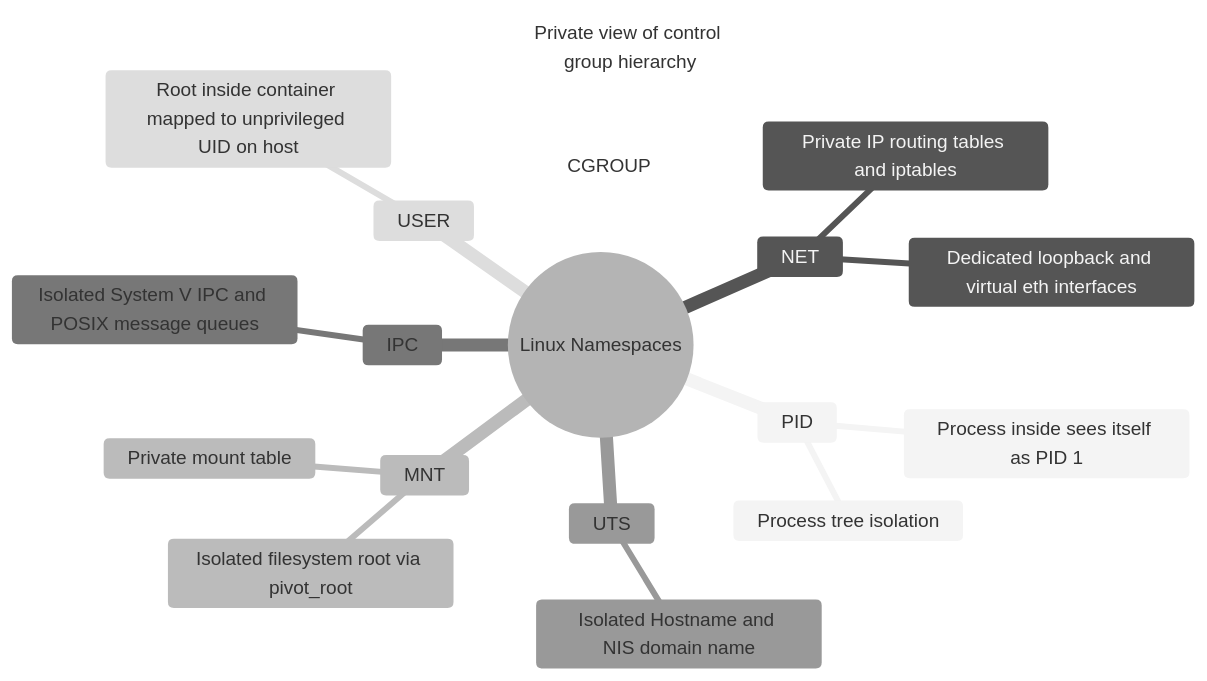
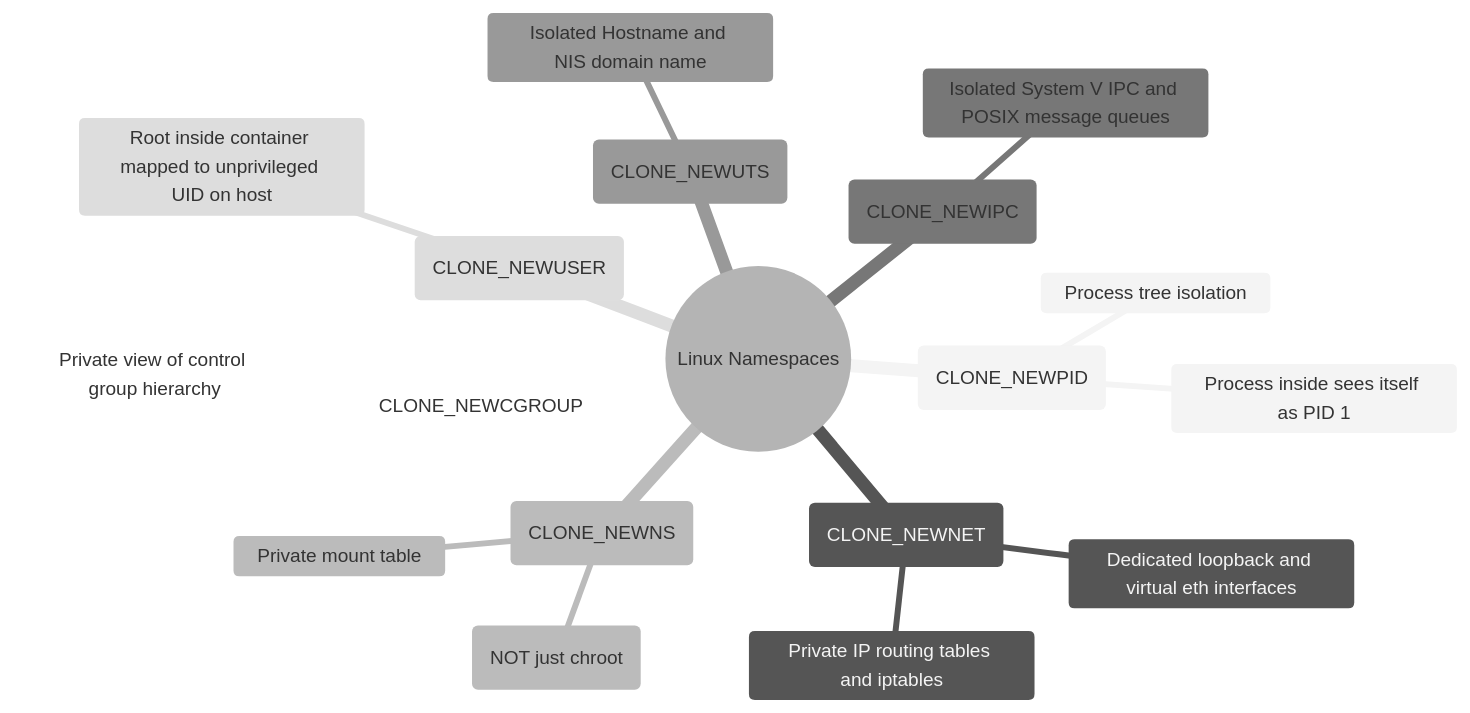
One commit to PandeyKishan/Study-Notes changed the second of 4 diagrams in 01-Docker/01-Core-Concepts-and-Architecture.md. Above: the diagram before and after it, drawn with Mermaid (neutral theme). The commit also changed other lines of this file and 38 other files, not shown here.

````diff
--- a/01-Docker/01-Core-Concepts-and-Architecture.md
+++ b/01-Docker/01-Core-Concepts-and-Architecture.md
@@ -56,21 +44,21 @@
 ```mermaid
 mindmap
   root((Linux Namespaces))
-    PID
+    PID (CLONE_NEWPID)
       Process tree isolation
       Process inside sees itself as PID 1
-    NET
+    NET (CLONE_NEWNET)
       Dedicated loopback and virtual eth interfaces
       Private IP routing tables and iptables
-    MNT
+    MNT (CLONE_NEWNS)
       Private mount table
-      Isolated filesystem root via pivot_root
-    IPC
+      Isolated filesystem root via pivot_root (NOT just chroot)
+    IPC (CLONE_NEWIPC)
       Isolated System V IPC and POSIX message queues
-    UTS
+    UTS (CLONE_NEWUTS)
       Isolated Hostname and NIS domain name
-    USER
+    USER (CLONE_NEWUSER)
       Root inside container mapped to unprivileged UID on host
-    CGROUP
+    CGROUP (CLONE_NEWCGROUP)
       Private view of control group hierarchy
 ```
````
